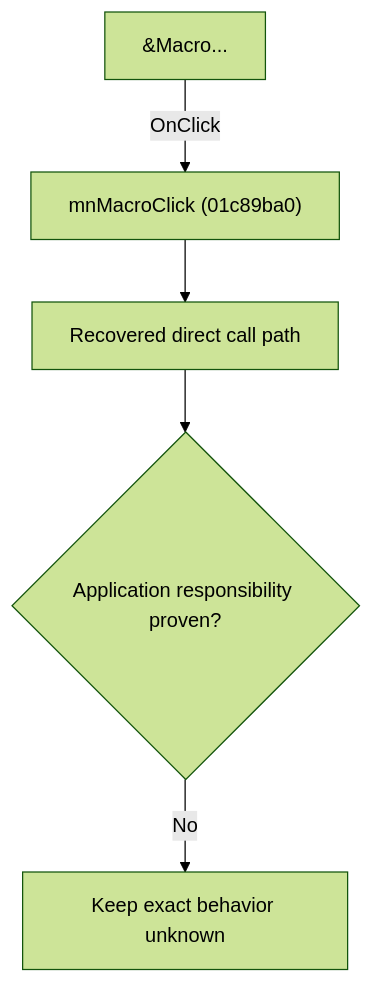
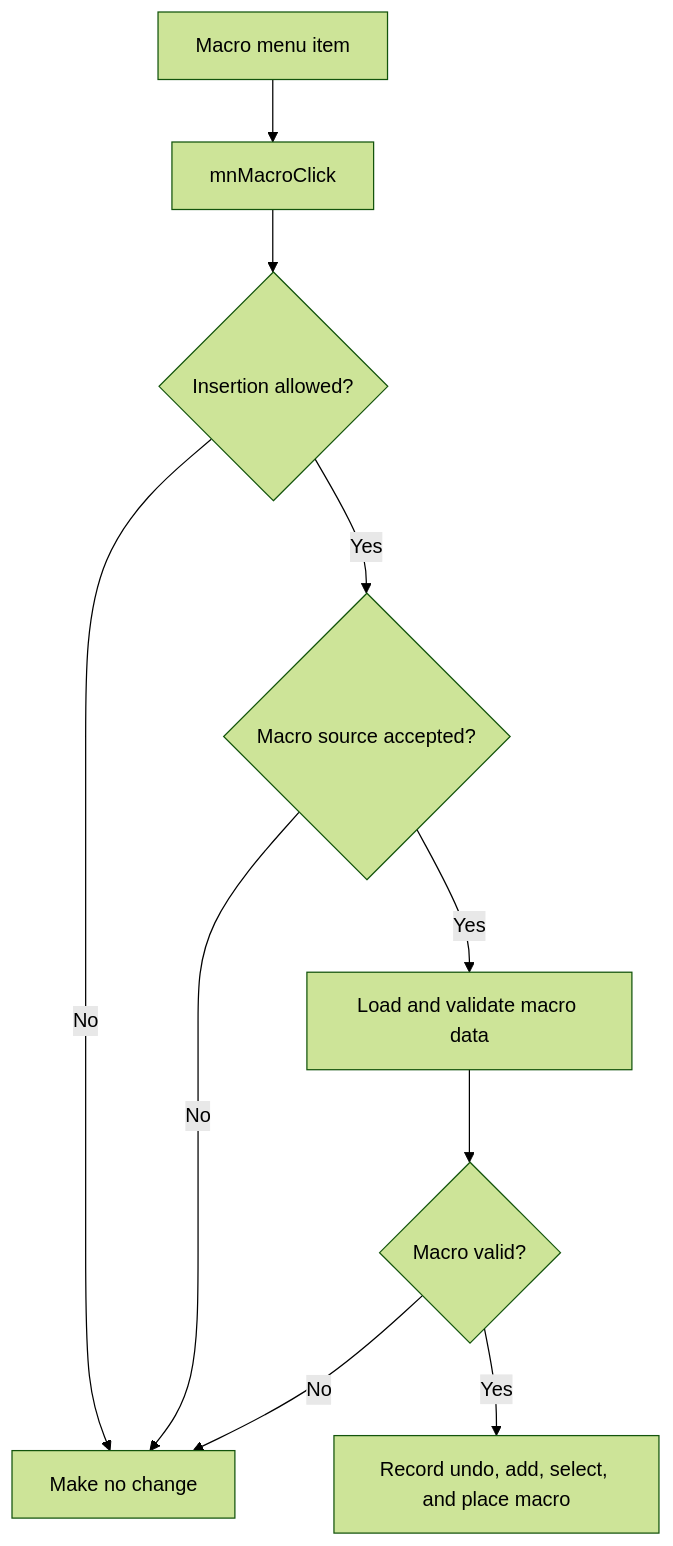
The diagram in docs/ui-controls/schematiceditor/mnmacro-c169e15825.md (MovGP0/TIARA), drawn with Mermaid (forest theme) before and after one commit. The commit also changed other lines of this file and 241 other files, not shown here.

````diff
--- a/docs/ui-controls/schematiceditor/mnmacro-c169e15825.md
+++ b/docs/ui-controls/schematiceditor/mnmacro-c169e15825.md
@@ -27,7 +19,12 @@
 ```mermaid
 flowchart TD
-    control["&Macro..."] -->|"OnClick"| handler["mnMacroClick (01c89ba0)"]
-    handler --> recovered["Recovered direct call path"]
-    recovered --> gap{"Application responsibility proven?"}
-    gap -->|"No"| blocked["Keep exact behavior unknown"]
+    control["Macro menu item"] --> handler["mnMacroClick"]
+    handler --> allowed{"Insertion allowed?"}
+    allowed -->|"No"| noOp["Make no change"]
+    allowed -->|"Yes"| source{"Macro source accepted?"}
+    source -->|"No"| noOp
+    source -->|"Yes"| load["Load and validate macro data"]
+    load --> valid{"Macro valid?"}
+    valid -->|"No"| noOp
+    valid -->|"Yes"| place["Record undo, add, select, and place macro"]
 ```
````
